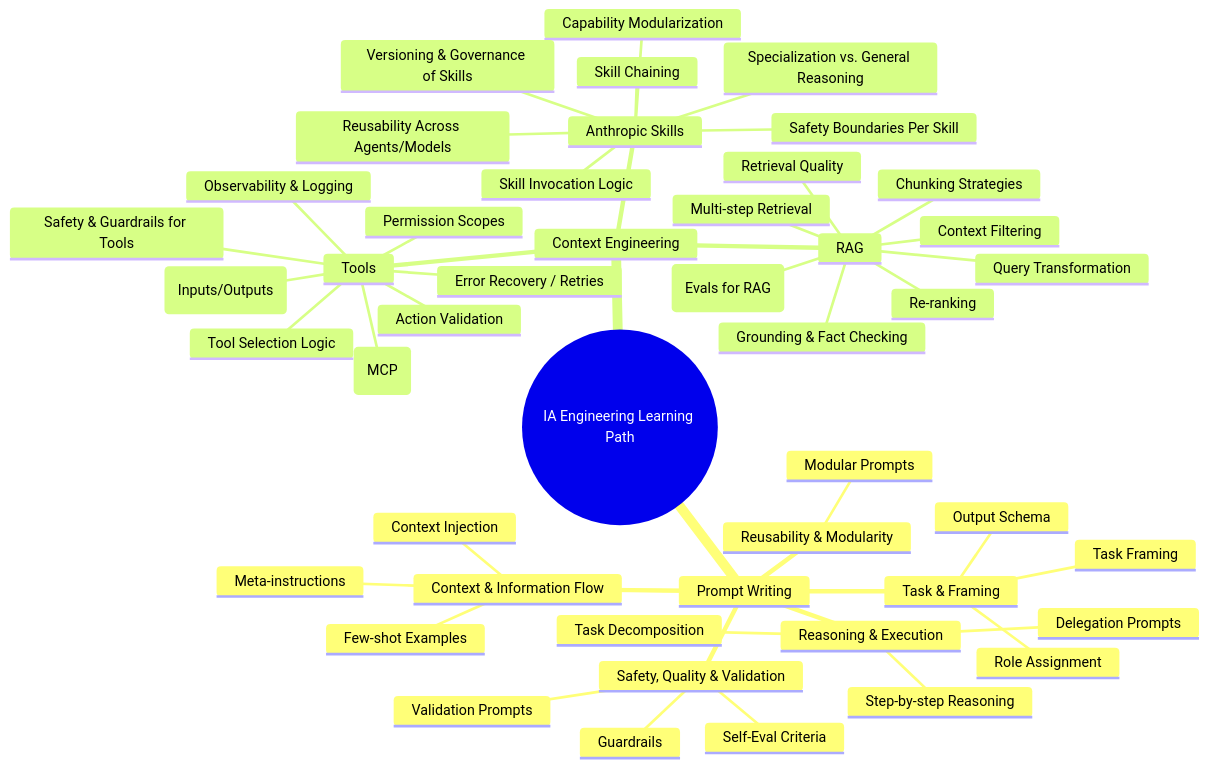
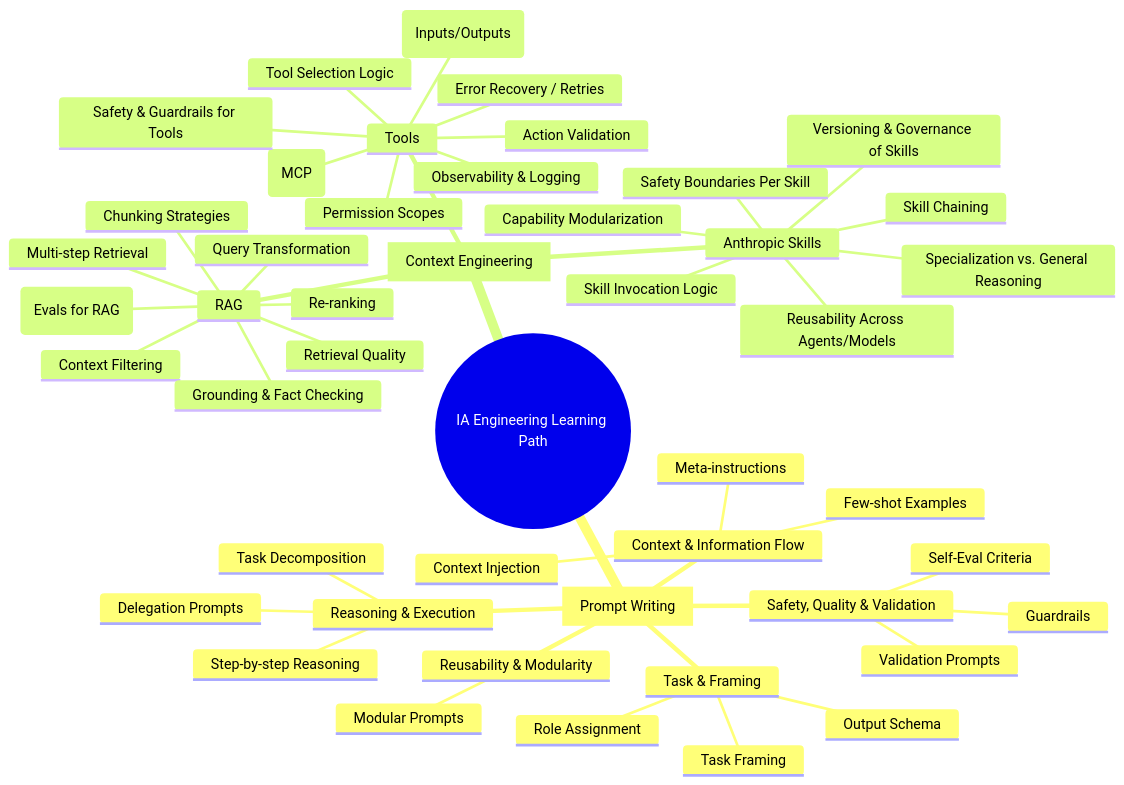
Before and after one commit to asiermarques/ai: the diagram in ai-engineering-lp.md, drawn with Mermaid.

````diff
--- a/ai-engineering-lp.md
+++ b/ai-engineering-lp.md
@@ -3,61 +3,61 @@
 ```mermaid
 mindmap
   root((IA Engineering Learning Path))
 
-    Prompt Writing
+    [Prompt Writing]
 
       Task & Framing
         Task Framing
         Role Assignment
         Output Schema
   
       Context & Information Flow
         Context Injection
         Few-shot Examples
         Meta-instructions
   
       Reasoning & Execution
         Step-by-step Reasoning
         Task Decomposition
         Delegation Prompts
   
       Safety, Quality & Validation
         Guardrails
         Validation Prompts
         Self-Eval Criteria
   
       Reusability & Modularity
         Modular Prompts
 
-    Context Engineering
+    [Context Engineering]
 
       RAG
         Retrieval Quality
         Chunking Strategies
         Re-ranking
         Context Filtering
         Query Transformation
         Grounding & Fact Checking
         Multi-step Retrieval
         Evaluation (Evals for RAG)
   
       Tools
         Model Context Protocol (MCP)
         Tool Schemas (Inputs/Outputs)
         Permission Scopes
         Tool Selection Logic
         Action Validation
         Observability & Logging
         Error Recovery / Retries
         Safety & Guardrails for Tools
   
       Anthropic Skills
         Capability Modularization
         Skill Invocation Logic
         Skill Chaining
         Specialization vs. General Reasoning
         Reusability Across Agents/Models
         Safety Boundaries Per Skill
         Versioning & Governance of Skills
     
 ```
````
